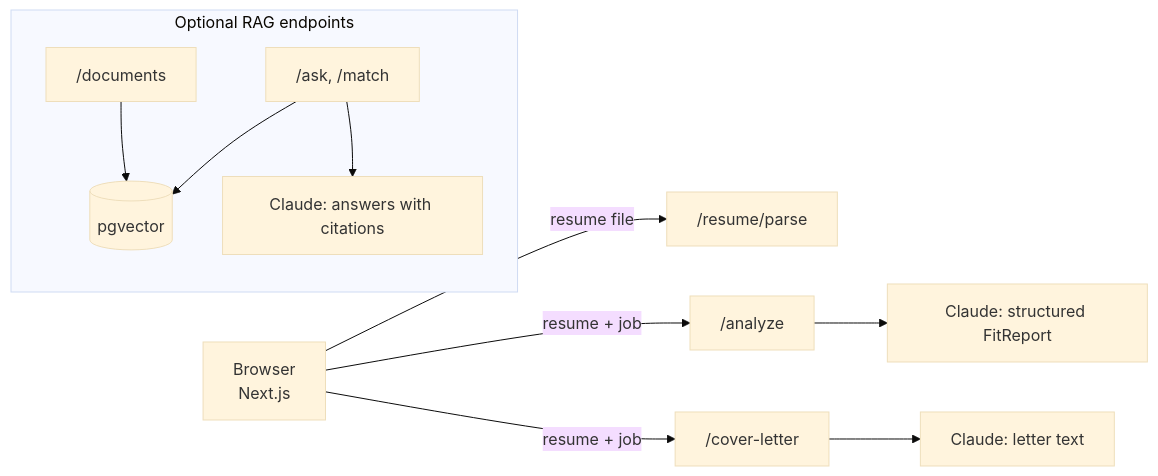
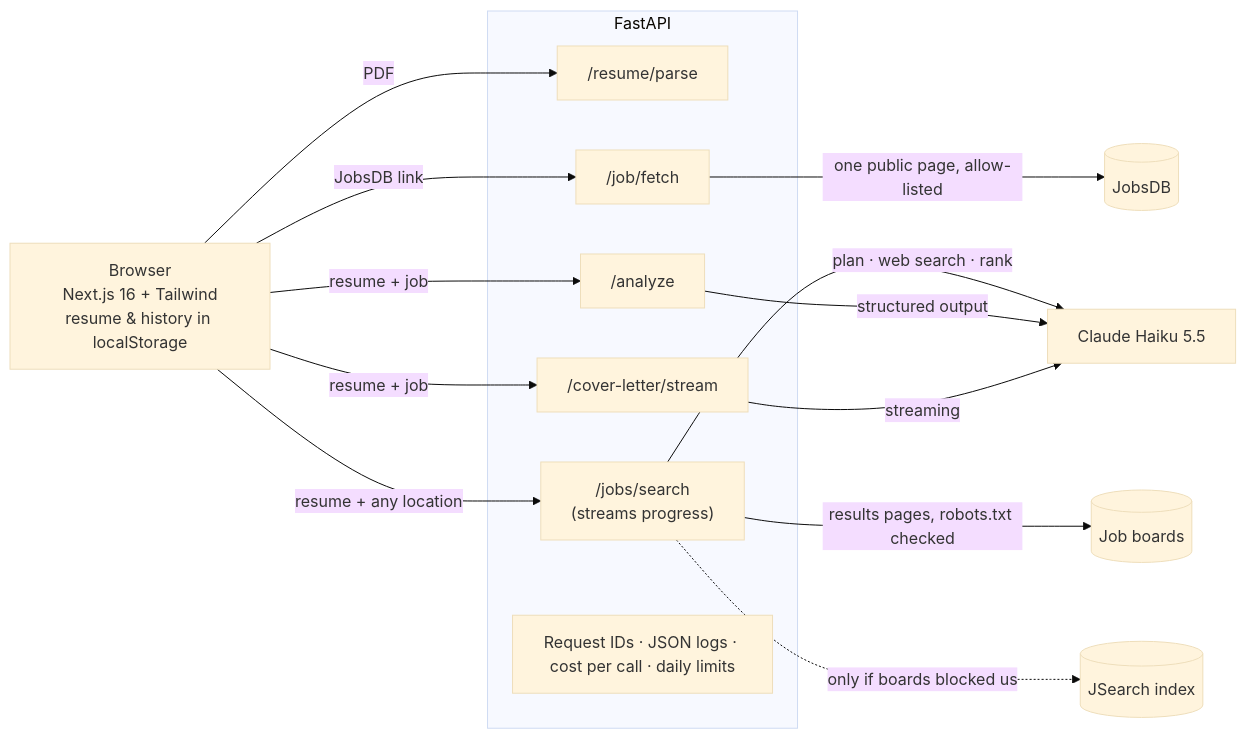
The diagram in README.md (PrakashNpn/jobfit-ai), drawn with Mermaid (base theme) before and after one commit. The commit also changed other lines of this file and 56 other files, not shown here.

Commit message:
Smart job search, new design, deployment config

````diff
--- a/README.md
+++ b/README.md
@@ -32,13 +31,18 @@
 ```mermaid
 flowchart LR
-    B[Browser<br/>Next.js] -->|resume file| P["/resume/parse"]
-    B -->|resume + job| A["/analyze"]
-    B -->|resume + job| L["/cover-letter"]
-    A --> C[Claude: structured FitReport]
-    L --> C2[Claude: letter text]
-    subgraph RAG["Optional RAG endpoints"]
-      D["/documents"] --> V[(pgvector)]
-      Q["/ask, /match"] --> V
-      Q --> C3[Claude: answers with citations]
+    U[Browser<br/>Next.js 16 + Tailwind<br/>resume & history in localStorage] -->|PDF| P["/resume/parse"]
+    U -->|JobsDB link| F["/job/fetch"]
+    U -->|resume + any location| S["/jobs/search<br/>(streams progress)"]
+    S -->|plan · web search · rank| C
+    S -->|results pages, robots.txt checked| JB[(Job boards)]
+    S -.->|only if boards blocked us| JS[(JSearch index)]
+    U -->|resume + job| A["/analyze"]
+    U -->|resume + job| L["/cover-letter/stream"]
+    F -->|one public page, allow-listed| J[(JobsDB)]
+    A -->|structured output| C[Claude Haiku 5.5]
+    L -->|streaming| C
+    subgraph API["FastAPI"]
+      P; F; S; A; L
+      M[Request IDs · JSON logs · cost per call · daily limits]
     end
 ```
````
